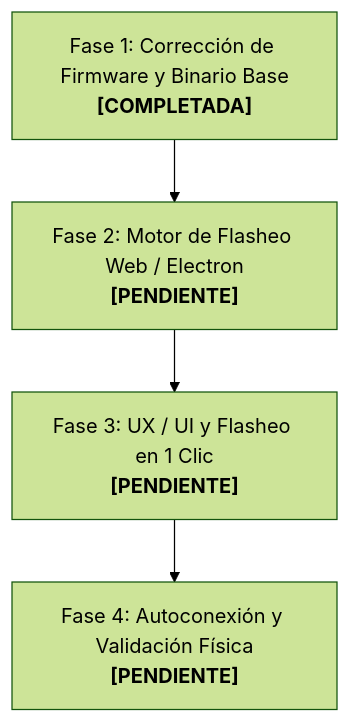
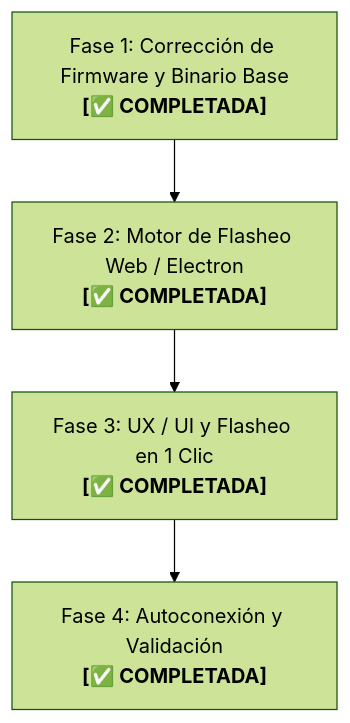
Before and after one commit to JW-Control/platform-jwplc: the diagram in tools/jwplc-hmi-designer/PLAN_LIVE_BRIDGE_FLASHER.md, drawn with Mermaid (forest theme). The commit also changed other lines of this file and 22 other files, not shown here.

````diff
--- a/tools/jwplc-hmi-designer/PLAN_LIVE_BRIDGE_FLASHER.md
+++ b/tools/jwplc-hmi-designer/PLAN_LIVE_BRIDGE_FLASHER.md
@@ -35,6 +35,6 @@
 ```mermaid
 flowchart TD
-    Fase1["Fase 1: Corrección de Firmware y Binario Base<br/><b>[COMPLETADA]</b>"] --> Fase2["Fase 2: Motor de Flasheo Web / Electron<br/><b>[PENDIENTE]</b>"]
-    Fase2 --> Fase3["Fase 3: UX / UI y Flasheo en 1 Clic<br/><b>[PENDIENTE]</b>"]
-    Fase3 --> Fase4["Fase 4: Autoconexión y Validación Física<br/><b>[PENDIENTE]</b>"]
+    Fase1["Fase 1: Corrección de Firmware y Binario Base<br/><b>[✅ COMPLETADA]</b>"] --> Fase2["Fase 2: Motor de Flasheo Web / Electron<br/><b>[✅ COMPLETADA]</b>"]
+    Fase2 --> Fase3["Fase 3: UX / UI y Flasheo en 1 Clic<br/><b>[✅ COMPLETADA]</b>"]
+    Fase3 --> Fase4["Fase 4: Autoconexión y Validación<br/><b>[✅ COMPLETADA]</b>"]
 ```
````
